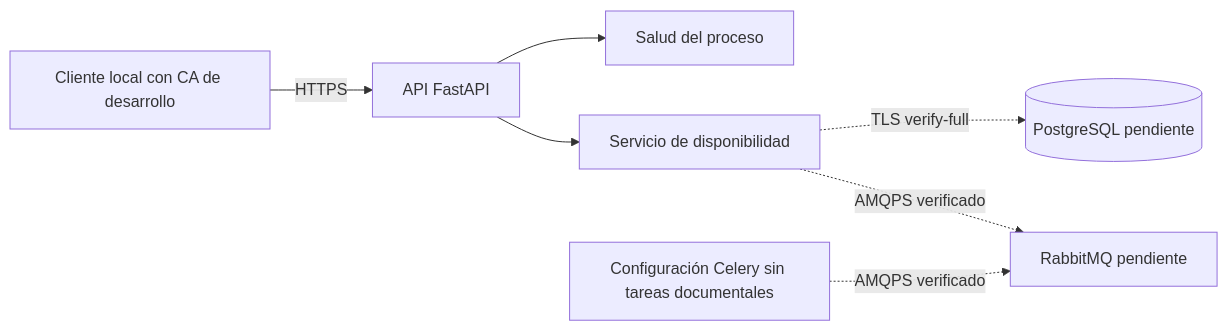
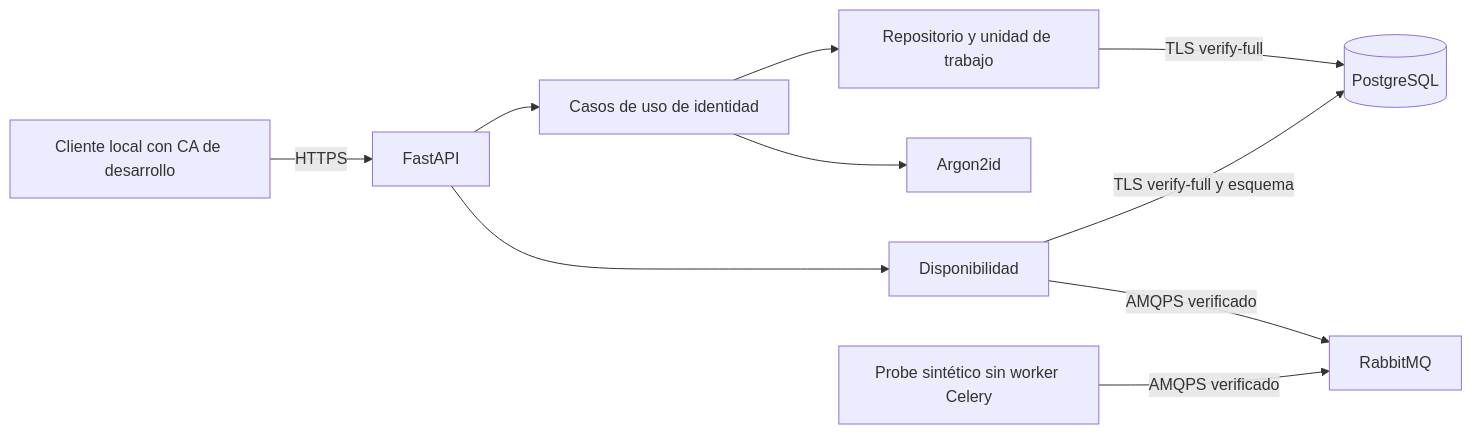
One commit to JHinestroza/Clasificacion-de-documentos-con-IA changed the diagram in docs/architecture.md. Above: the diagram before and after it, drawn with Mermaid. The commit also changed other lines of this file and 42 other files, not shown here.

Commit message:
feat(auth): cuentas locales, permisos y auditoria con PostgreSQL TLS

````diff
--- a/docs/architecture.md
+++ b/docs/architecture.md
@@ -10,9 +10,12 @@
 ```mermaid
 flowchart LR
-    Client[Cliente local con CA de desarrollo] -->|HTTPS| API[API FastAPI]
-    API --> Health[Salud del proceso]
-    API --> Ready[Servicio de disponibilidad]
-    Ready -. TLS verify-full .-> PG[(PostgreSQL pendiente)]
-    Ready -. AMQPS verificado .-> Rabbit[RabbitMQ pendiente]
-    Worker[Configuración Celery sin tareas documentales] -. AMQPS verificado .-> Rabbit
+    Client[Cliente local con CA de desarrollo] -->|HTTPS| API[FastAPI]
+    API --> Identity[Casos de uso de identidad]
+    Identity --> Repository[Repositorio y unidad de trabajo]
+    Identity --> Argon[Argon2id]
+    Repository -->|TLS verify-full| PG[(PostgreSQL)]
+    API --> Ready[Disponibilidad]
+    Ready -->|TLS verify-full y esquema| PG
+    Ready -->|AMQPS verificado| Rabbit[RabbitMQ]
+    Probe[Probe sintético sin worker Celery] -->|AMQPS verificado| Rabbit
 ```
````
